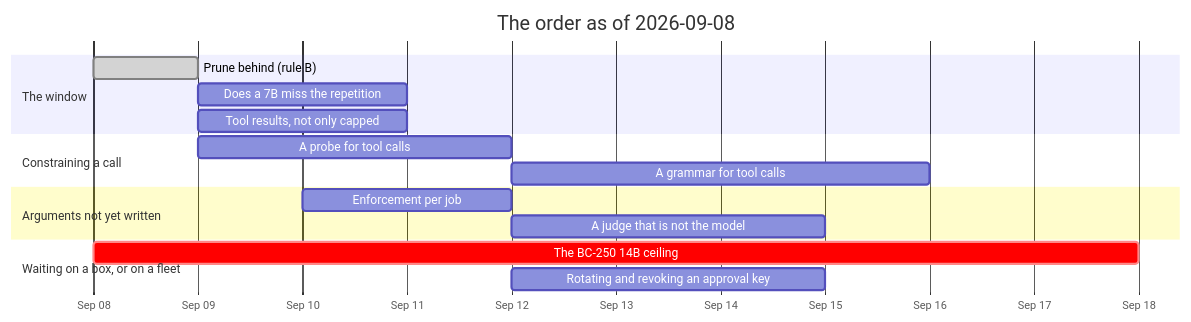
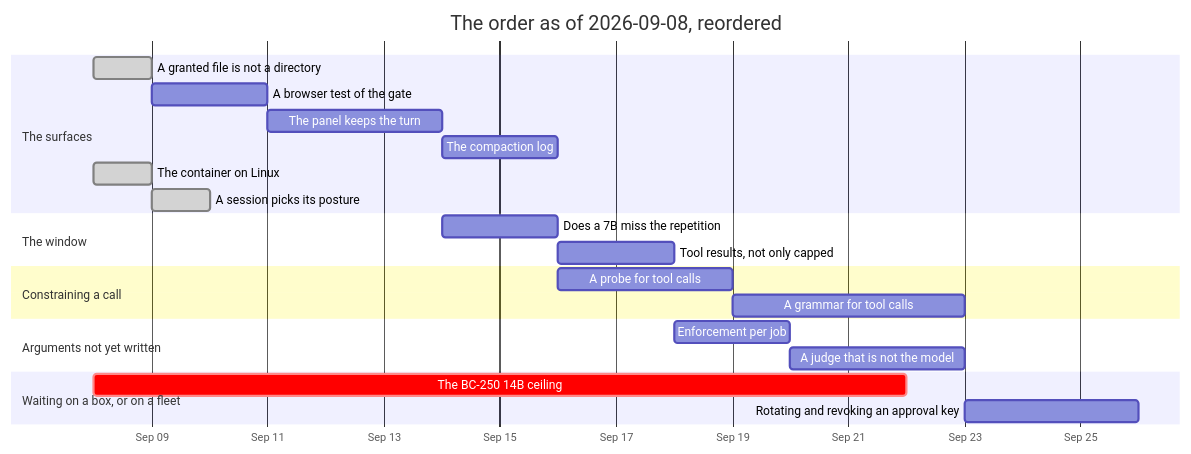
The diagram in ROADMAP/2026-09-08/README.md (jgermade/luu), drawn with Mermaid before and after one commit. The commit also changed other lines of this file and 35 other files, not shown here.

First line of the commit message:
Sessions choose their posture; inspector keeps turns (#27)

````diff
--- a/ROADMAP/2026-09-08/README.md
+++ b/ROADMAP/2026-09-08/README.md
@@ -50,19 +83,25 @@
 ```mermaid
 gantt
-    title The order as of 2026-09-08
+    title The order as of 2026-09-08, reordered
     dateFormat YYYY-MM-DD
     axisFormat %b %d
+    section The surfaces
+    A granted file is not a directory      :done, enotdir, 2026-09-08, 1d
+    A browser test of the gate             :gate, after enotdir, 2d
+    The panel keeps the turn               :panel, after gate, 3d
+    The compaction log                     :fold, after panel, 2d
+    The container on Linux                 :done, ctr, 2026-09-08, 1d
+    A session picks its posture            :done, posture, 2026-09-09, 1d
     section The window
-    Prune behind (rule B)                  :done, prune, 2026-09-08, 1d
-    Does a 7B miss the repetition          :rep, after prune, 2d
-    Tool results, not only capped          :steps, after prune, 2d
+    Does a 7B miss the repetition          :rep, after panel, 2d
+    Tool results, not only capped          :steps, after rep, 2d
     section Constraining a call
-    A probe for tool calls                 :probe, 2026-09-09, 3d
+    A probe for tool calls                 :probe, after fold, 3d
     A grammar for tool calls               :gbnf, after probe, 4d
     section Arguments not yet written
-    Enforcement per job                    :enf, 2026-09-10, 2d
+    Enforcement per job                    :enf, after steps, 2d
     A judge that is not the model          :judge, after enf, 3d
     section Waiting on a box, or on a fleet
-    The BC-250 14B ceiling                 :crit, bc250, 2026-09-08, 10d
-    Rotating and revoking an approval key  :keys, after enf, 3d
+    The BC-250 14B ceiling                 :crit, bc250, 2026-09-08, 14d
+    Rotating and revoking an approval key  :keys, after judge, 3d
 ```
````
